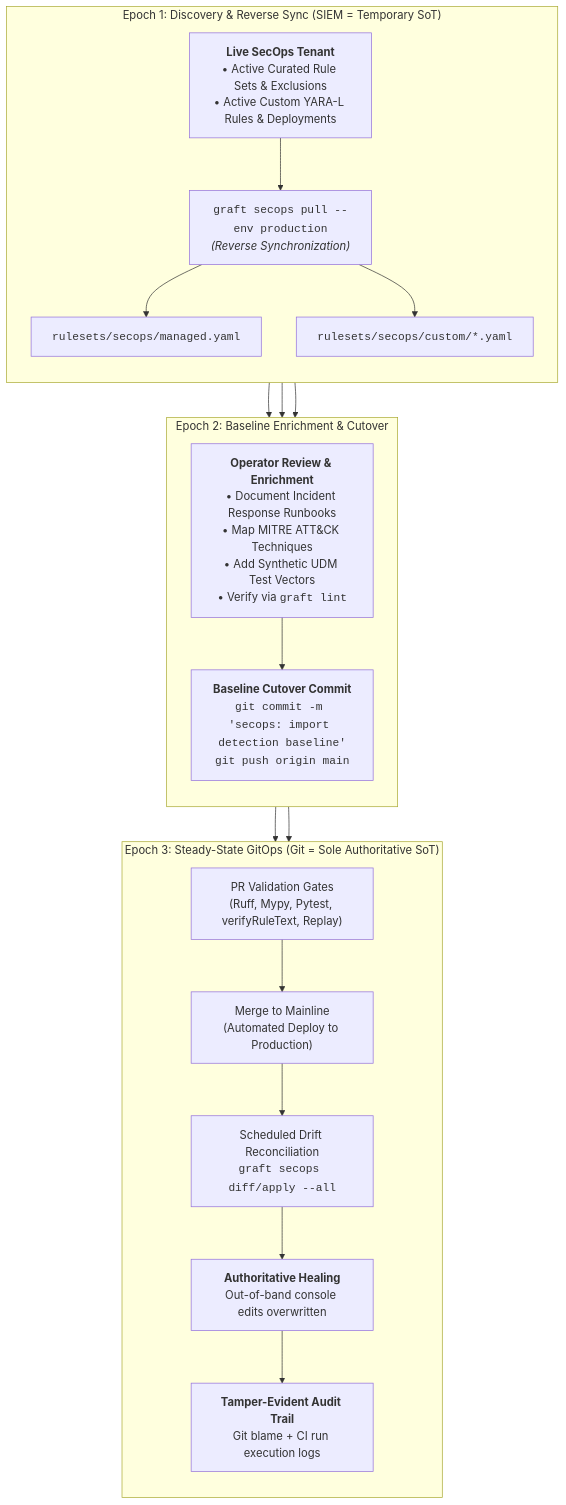
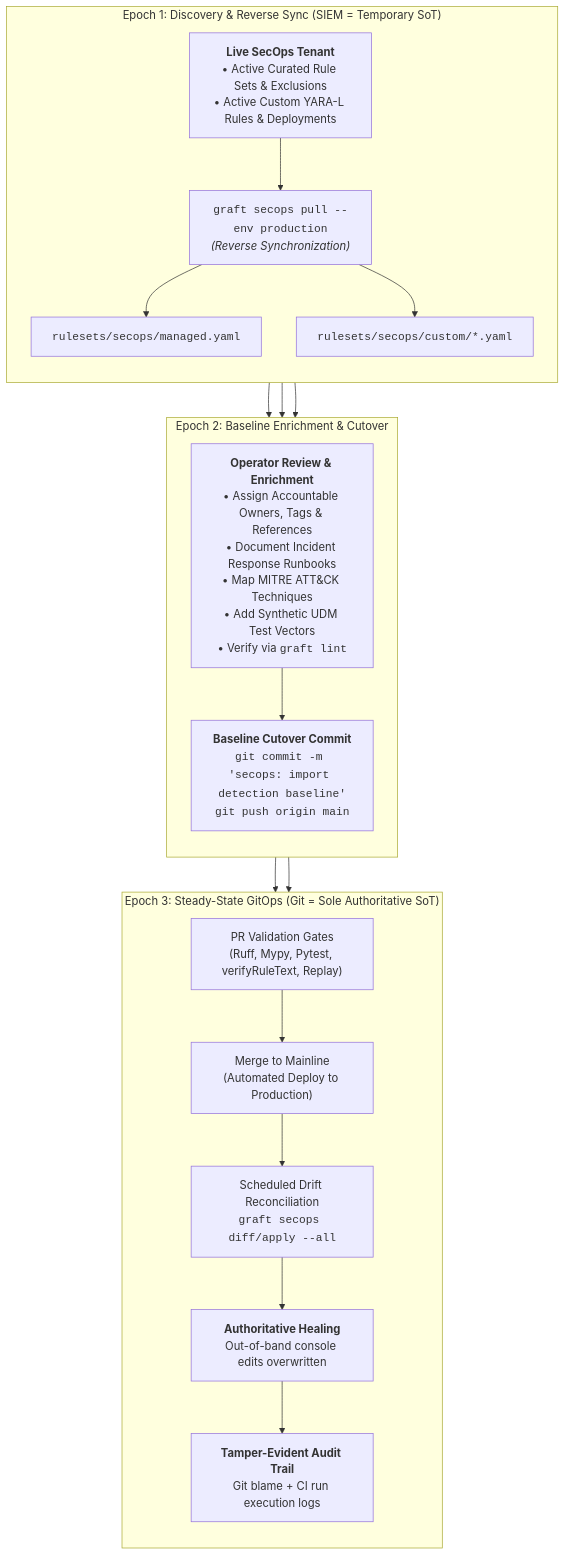
Before and after one commit to lopes/graft: the first of 2 diagrams in docs/operators/adoption.md, drawn with Mermaid. The commit also changed other lines of this file and 4 other files, not shown here.

Commit message:
docs: document metadata.owners, required schema fields, and priority/severity rationale

````diff
--- a/docs/operators/adoption.md
+++ b/docs/operators/adoption.md
@@ -23,37 +23,37 @@
 ```mermaid
 flowchart TD
     subgraph E1["Epoch 1: Discovery & Reverse Sync (SIEM = Temporary SoT)"]
         direction TB
         SIEM["<b>Live SecOps Tenant</b><br/>• Active Curated Rule Sets & Exclusions<br/>• Active Custom YARA-L Rules & Deployments"]
         PULL["<code>graft secops pull --env production</code><br/><i>(Reverse Synchronization)</i>"]
         SIEM --> PULL
         PULL --> MAN["<code>rulesets/secops/managed.yaml</code>"]
         PULL --> CUST["<code>rulesets/secops/custom/*.yaml</code>"]
     end
 
     subgraph E2["Epoch 2: Baseline Enrichment & Cutover"]
         direction TB
-        ENRICH["<b>Operator Review & Enrichment</b><br/>• Document Incident Response Runbooks<br/>• Map MITRE ATT&CK Techniques<br/>• Add Synthetic UDM Test Vectors<br/>• Verify via <code>graft lint</code>"]
+        ENRICH["<b>Operator Review & Enrichment</b><br/>• Assign Accountable Owners, Tags & References<br/>• Document Incident Response Runbooks<br/>• Map MITRE ATT&CK Techniques<br/>• Add Synthetic UDM Test Vectors<br/>• Verify via <code>graft lint</code>"]
         COMMIT["<b>Baseline Cutover Commit</b><br/><code>git commit -m 'secops: import detection baseline'</code><br/><code>git push origin main</code>"]
         MAN --> ENRICH
         CUST --> ENRICH
         ENRICH --> COMMIT
     end
 
     subgraph E3["Epoch 3: Steady-State GitOps (Git = Sole Authoritative SoT)"]
         direction TB
         PR["PR Validation Gates<br/>(Ruff, Mypy, Pytest, verifyRuleText, Replay)"]
         MERGE["Merge to Mainline<br/>(Automated Deploy to Production)"]
         DRIFT["Scheduled Drift Reconciliation<br/><code>graft secops diff/apply --all</code>"]
         OVERWRITE["<b>Authoritative Healing</b><br/>Out-of-band console edits overwritten"]
         AUDIT["<b>Tamper-Evident Audit Trail</b><br/>Git blame + CI run execution logs"]
 
         COMMIT --> PR
         PR --> MERGE
         MERGE --> DRIFT
         DRIFT --> OVERWRITE
         OVERWRITE --> AUDIT
     end
 
     E1 --> E2 --> E3
 ```
````
